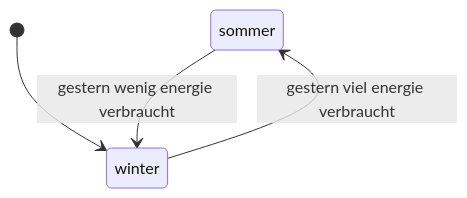
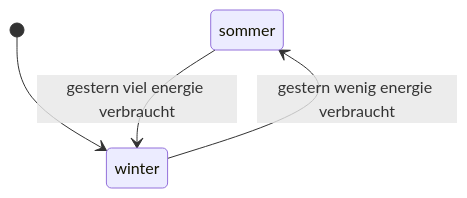
The diagram in steuerung_automatik/zero-software/doc/statemachine_HsmJahreszeit.md (petermaerki/puenterswis_heizung_2023_git), drawn with Mermaid before and after one commit. The commit also changed 6 other files, not shown here.

````diff
--- a/steuerung_automatik/zero-software/doc/statemachine_HsmJahreszeit.md
+++ b/steuerung_automatik/zero-software/doc/statemachine_HsmJahreszeit.md
@@ -1,13 +1,13 @@
 ```mermaid
 stateDiagram-v2
     sommer: sommer
     state sommer
 
     winter: winter
     state winter
     [*] --> winter
 
     %% Transitions
-    sommer --> winter: gestern wenig energie verbraucht
-    winter --> sommer: gestern viel energie verbraucht
+    sommer --> winter: gestern viel energie verbraucht
+    winter --> sommer: gestern wenig energie verbraucht
 ```
````
